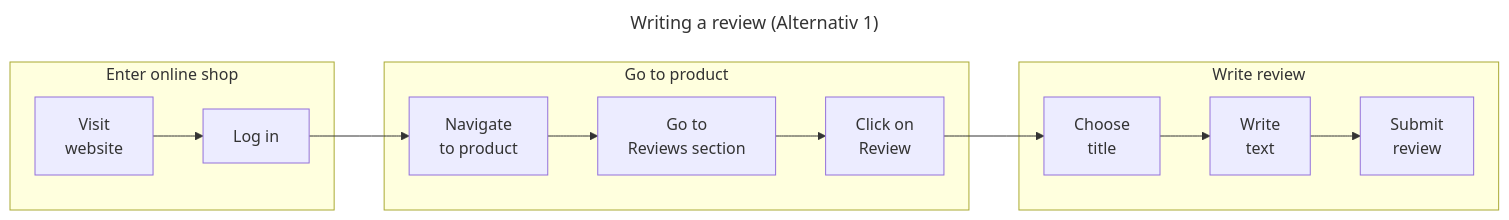
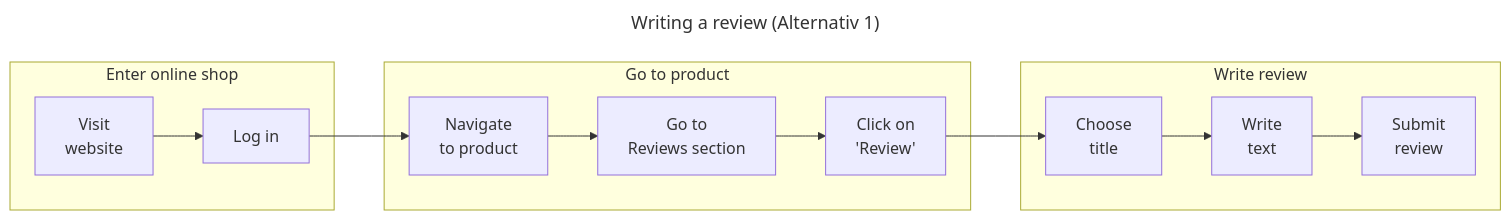
Before and after one commit to qw3ry/misarch-docs: the diagram in image-sources/diagrams/user-journeys/journey-writing-review-2.mmd, drawn with Mermaid.

Commit message:
typo / syntax

```diff
--- a/image-sources/diagrams/user-journeys/journey-writing-review-2.mmd
+++ b/image-sources/diagrams/user-journeys/journey-writing-review-2.mmd
@@ -1,19 +1,19 @@
 ---
 title: Writing a review (Alternativ 1)
 ---
 flowchart LR
 subgraph Enter online shop
         A["Visit \nwebsite"]
         B["Log in"]
     end
 subgraph Go to product
         C["Navigate \nto product"]
         D["Go to \nReviews section"]
-        E["Click on \n"Review""]
+        E["Click on \n'Review'"]
 end
 subgraph Write review
         F["Choose \ntitle"]
         G["Write \ntext"]
         H["Submit \nreview"]
 end
 A-->B-->C-->D-->E-->F-->G-->H
```
